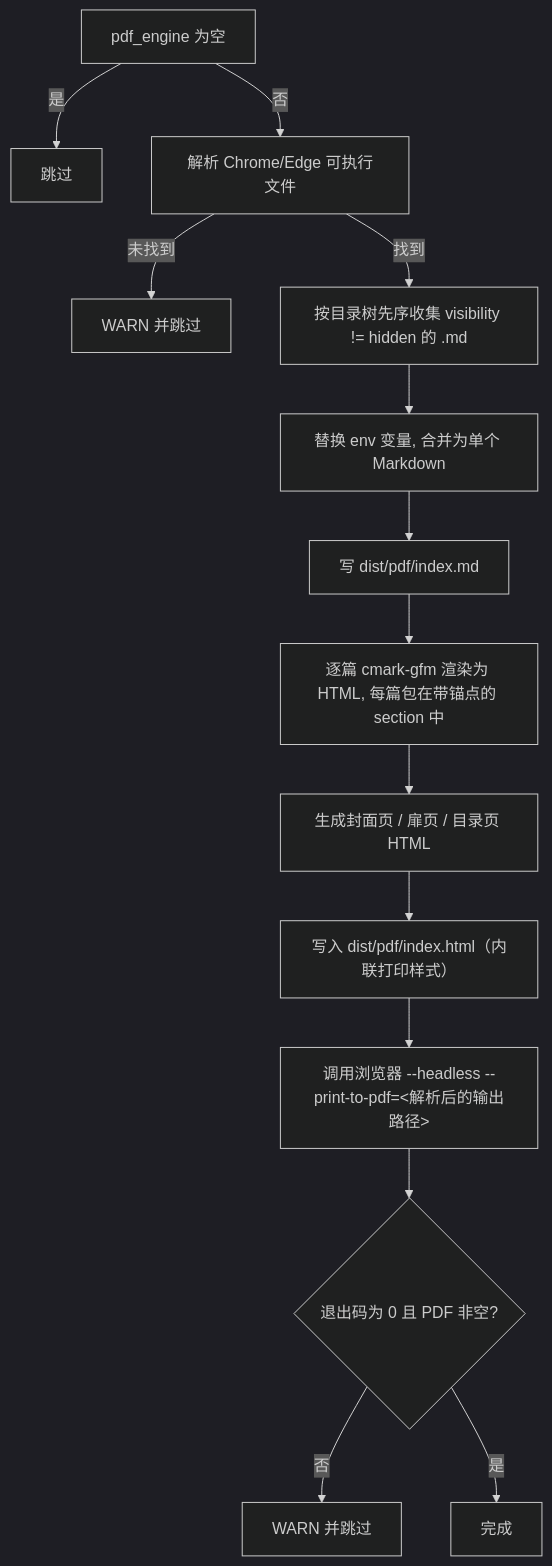
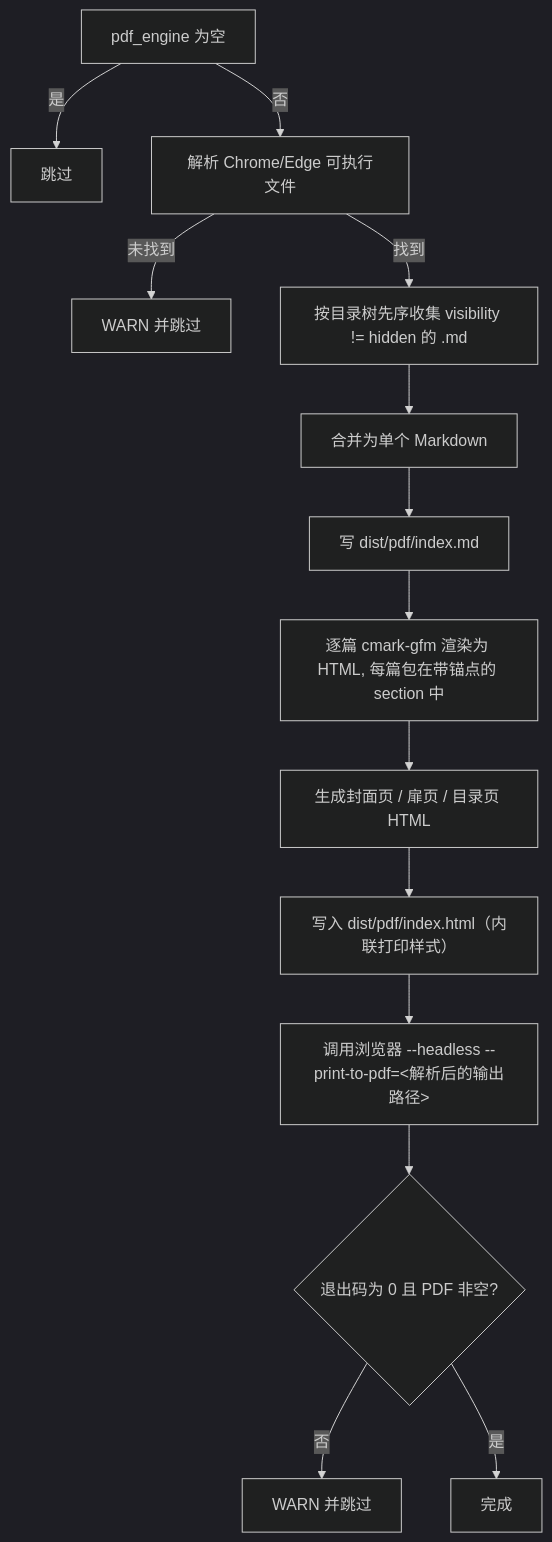
One commit to o8x/camus changed the second of 2 diagrams in docs/prd/06-output.md. Above: the diagram before and after it, drawn with Mermaid (dark theme). The commit also changed other lines of this file and 18 other files, not shown here.

````diff
--- a/docs/prd/06-output.md
+++ b/docs/prd/06-output.md
@@ -176,16 +176,16 @@
 ```mermaid
 flowchart TD
     A[pdf_engine 为空] -->|是| Z[跳过]
     A -->|否| B[解析 Chrome/Edge 可执行文件]
     B -->|未找到| W[WARN 并跳过]
     B -->|找到| C[按目录树先序收集 visibility != hidden 的 .md]
-    C --> D[替换 env 变量, 合并为单个 Markdown]
+    C --> D[合并为单个 Markdown]
     D --> E[写 dist/pdf/index.md]
     E --> F[逐篇 cmark-gfm 渲染为 HTML, 每篇包在带锚点的 section 中]
     F --> G[生成封面页 / 扉页 / 目录页 HTML]
     G --> H[写入 dist/pdf/index.html（内联打印样式）]
     H --> I[调用浏览器 --headless --print-to-pdf=<解析后的输出路径>]
     I --> J{退出码为 0 且 PDF 非空?}
     J -->|否| W2[WARN 并跳过]
     J -->|是| K[完成]
 ```
````
